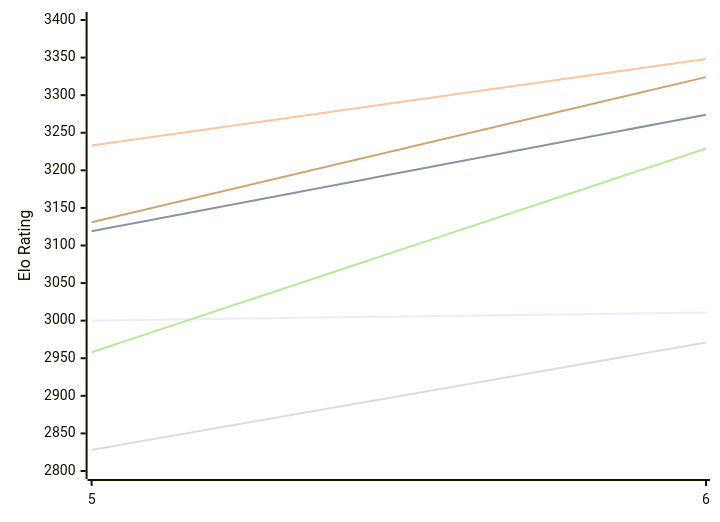
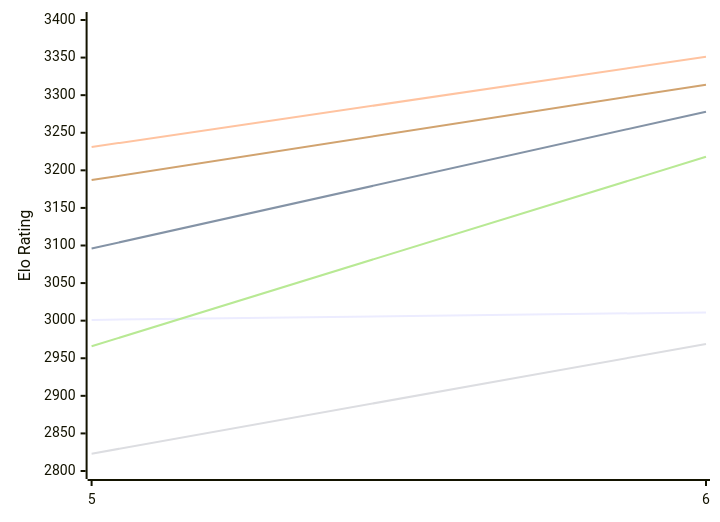
The first of 2 diagrams in engines/Cwtch.md (computer-chess-index/cci), drawn with Mermaid before and after one commit. The commit also changed other lines of this file, not shown here.

Commit message:
Update CCI Ratings (ELO VLTC) - 2026-11-15

````diff
--- a/engines/Cwtch.md
+++ b/engines/Cwtch.md
@@ -51,12 +51,12 @@
 ```mermaid
 %%{init: {"theme":"base","themeVariables":{"seriesColors:['#a3a3a3','#222221','#faa371']}}}%%
 xychart-beta
   x-axis ["5", "6"]
   y-axis "Elo Rating" 2800 --> 3400
-  line "E1: STC (8.0+0.08s)" [3000, 3011]
-  line "E1: LTC (60.0+0.60s)" [3119, 3274]
-  line "E1: VLTC (2m24s+1.12s)" [3233, 3348]
-  line "P1: STC (8.0+0.08s)" [2828, 2971]
-  line "P1: LTC (60.0+0.60s)" [2958, 3229]
-  line "P1: VLTC (2m24s+1.12s)" [3131, 3324]
+  line "E1: STC (8.0+0.08s)" [3001, 3011]
+  line "E1: LTC (60.0+0.60s)" [3096, 3278]
+  line "E1: VLTC (2m24s+1.12s)" [3231, 3351]
+  line "P1: STC (8.0+0.08s)" [2823, 2969]
+  line "P1: LTC (60.0+0.60s)" [2966, 3218]
+  line "P1: VLTC (2m24s+1.12s)" [3187, 3314]
 ```
````
